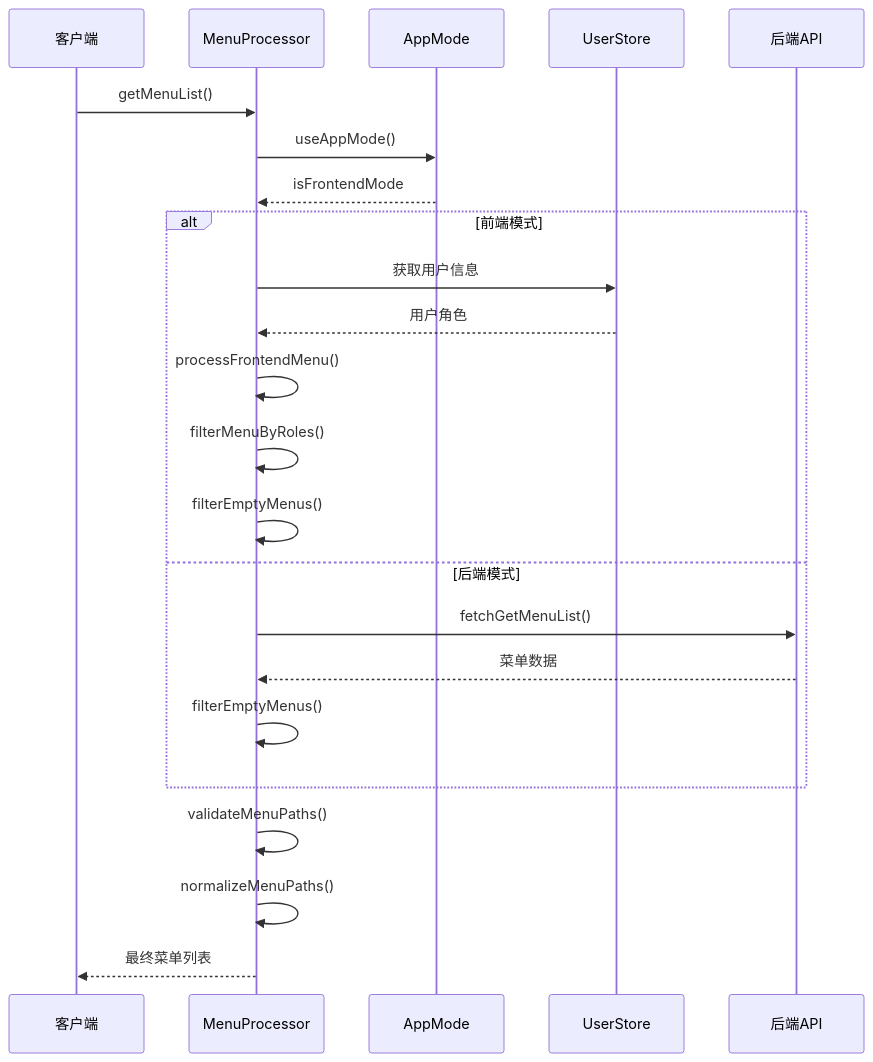
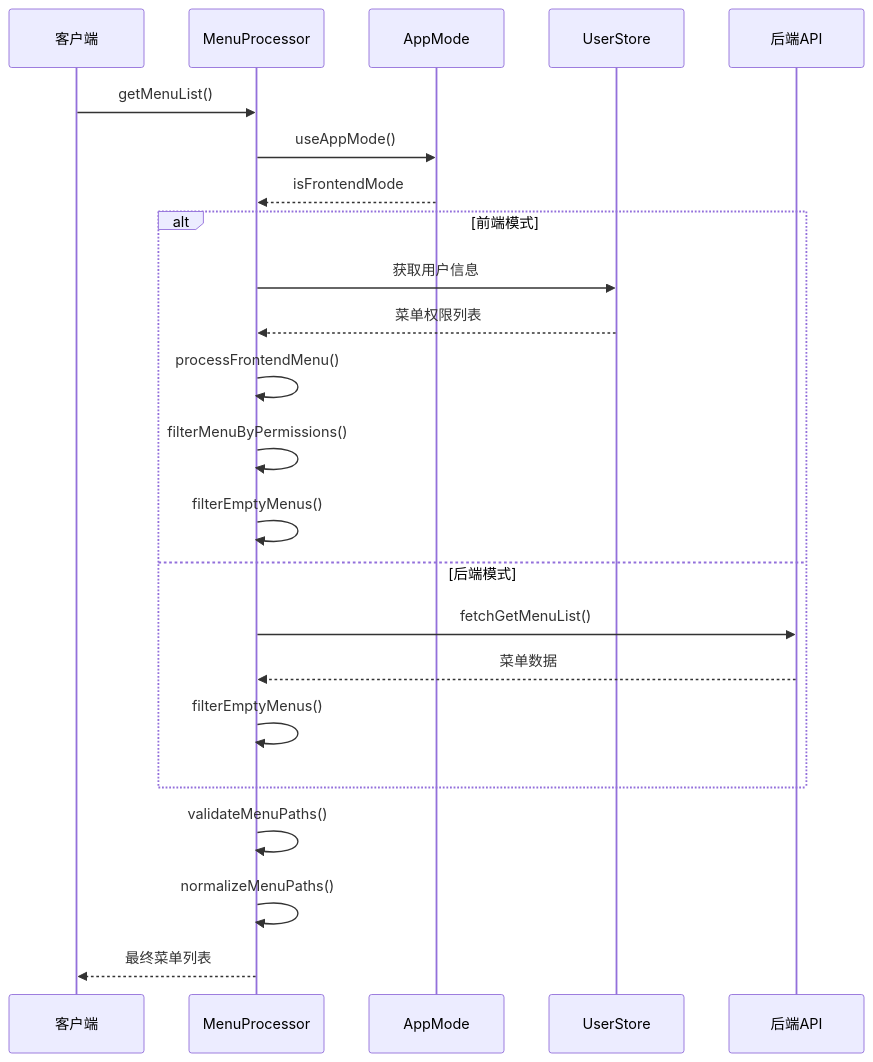
Before and after one commit to zengerai/art-design-pro: the third of 8 diagrams in .qoder/repowiki/zh/content/权限管理/路由权限/菜单权限过滤.md, drawn with Mermaid. The commit also changed other lines of this file and 9 other files, not shown here.

````diff
--- a/.qoder/repowiki/zh/content/权限管理/路由权限/菜单权限过滤.md
+++ b/.qoder/repowiki/zh/content/权限管理/路由权限/菜单权限过滤.md
@@ -119,25 +134,25 @@
 ```mermaid
 sequenceDiagram
 participant Client as 客户端
 participant MP as MenuProcessor
 participant AM as AppMode
 participant US as UserStore
 participant API as 后端API
 Client->>MP : getMenuList()
 MP->>AM : useAppMode()
 AM-->>MP : isFrontendMode
 alt 前端模式
 MP->>US : 获取用户信息
-US-->>MP : 用户角色
+US-->>MP : 菜单权限列表
 MP->>MP : processFrontendMenu()
-MP->>MP : filterMenuByRoles()
+MP->>MP : filterMenuByPermissions()
 MP->>MP : filterEmptyMenus()
 else 后端模式
 MP->>API : fetchGetMenuList()
 API-->>MP : 菜单数据
 MP->>MP : filterEmptyMenus()
 end
 MP->>MP : validateMenuPaths()
 MP->>MP : normalizeMenuPaths()
 MP-->>Client : 最终菜单列表
 ```
````
